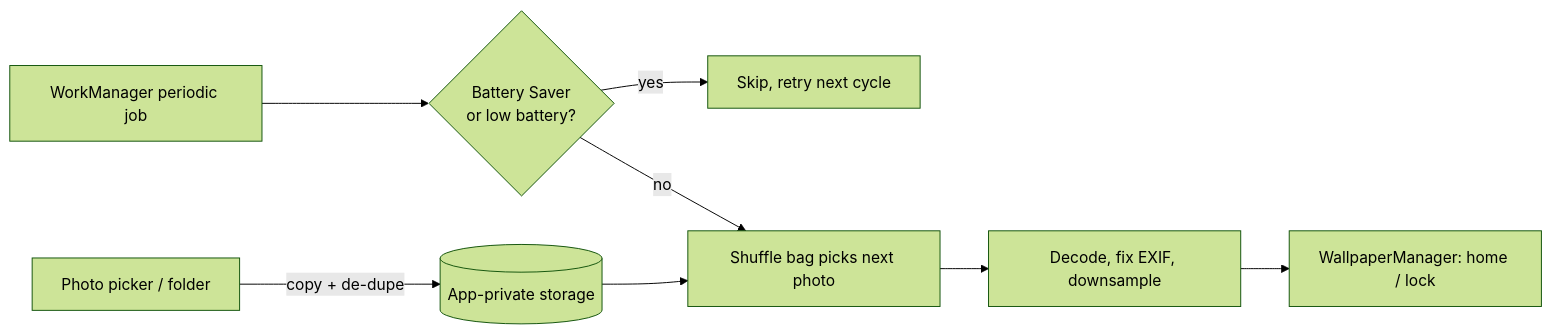
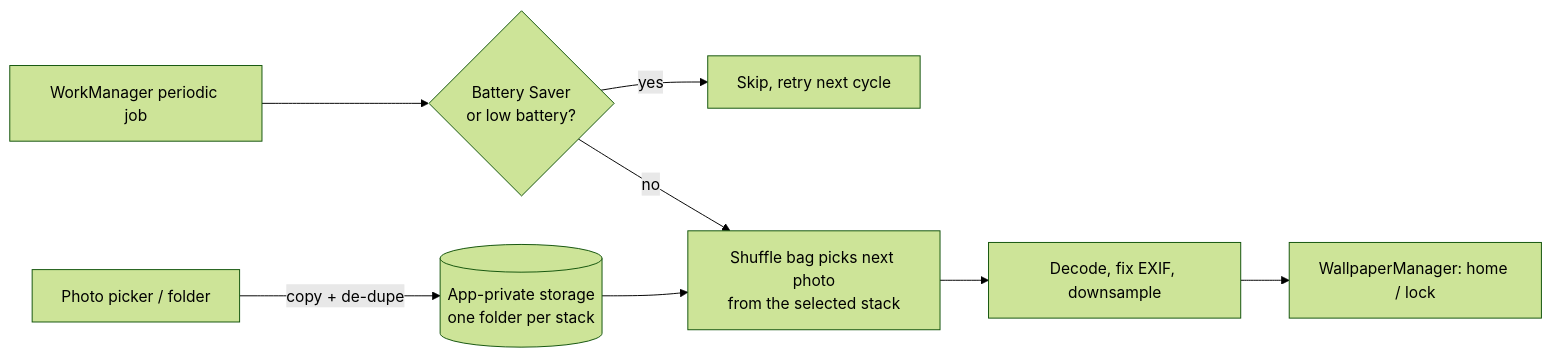
One commit to gcg/wpchanger changed the diagram in README.md. Above: the diagram before and after it, drawn with Mermaid (forest theme). The commit also changed other lines of this file and 7 other files, not shown here.

````diff
--- a/README.md
+++ b/README.md
@@ -53,10 +67,10 @@
 ```mermaid
 flowchart LR
-    A[Photo picker / folder] -->|copy + de-dupe| B[(App-private storage)]
+    A[Photo picker / folder] -->|copy + de-dupe| B[(App-private storage<br>one folder per stack)]
     C[WorkManager periodic job] --> D{Battery Saver<br>or low battery?}
     D -- yes --> E[Skip, retry next cycle]
-    D -- no --> F[Shuffle bag picks next photo]
+    D -- no --> F[Shuffle bag picks next photo<br>from the selected stack]
     B --> F
     F --> G[Decode, fix EXIF, downsample]
     G --> H[WallpaperManager: home / lock]
 ```
````
